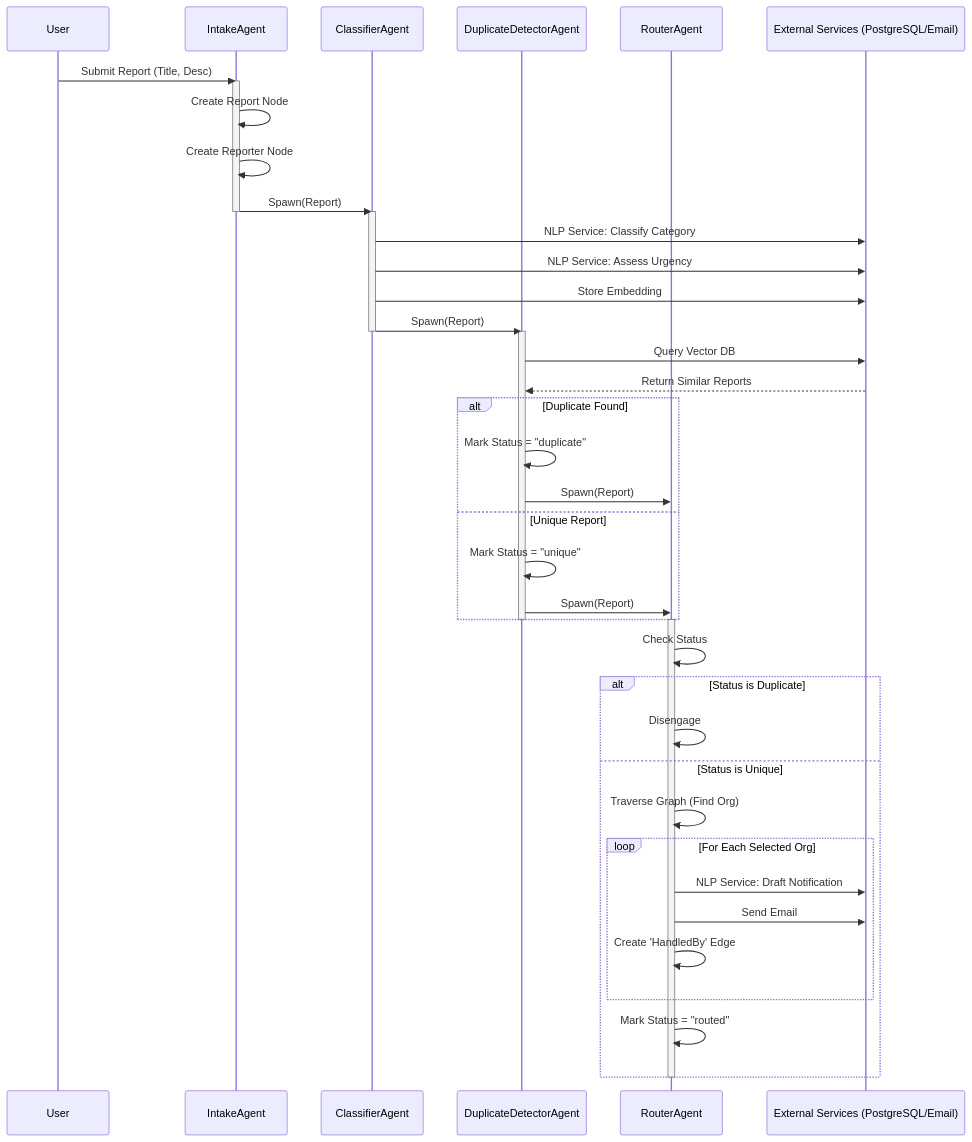
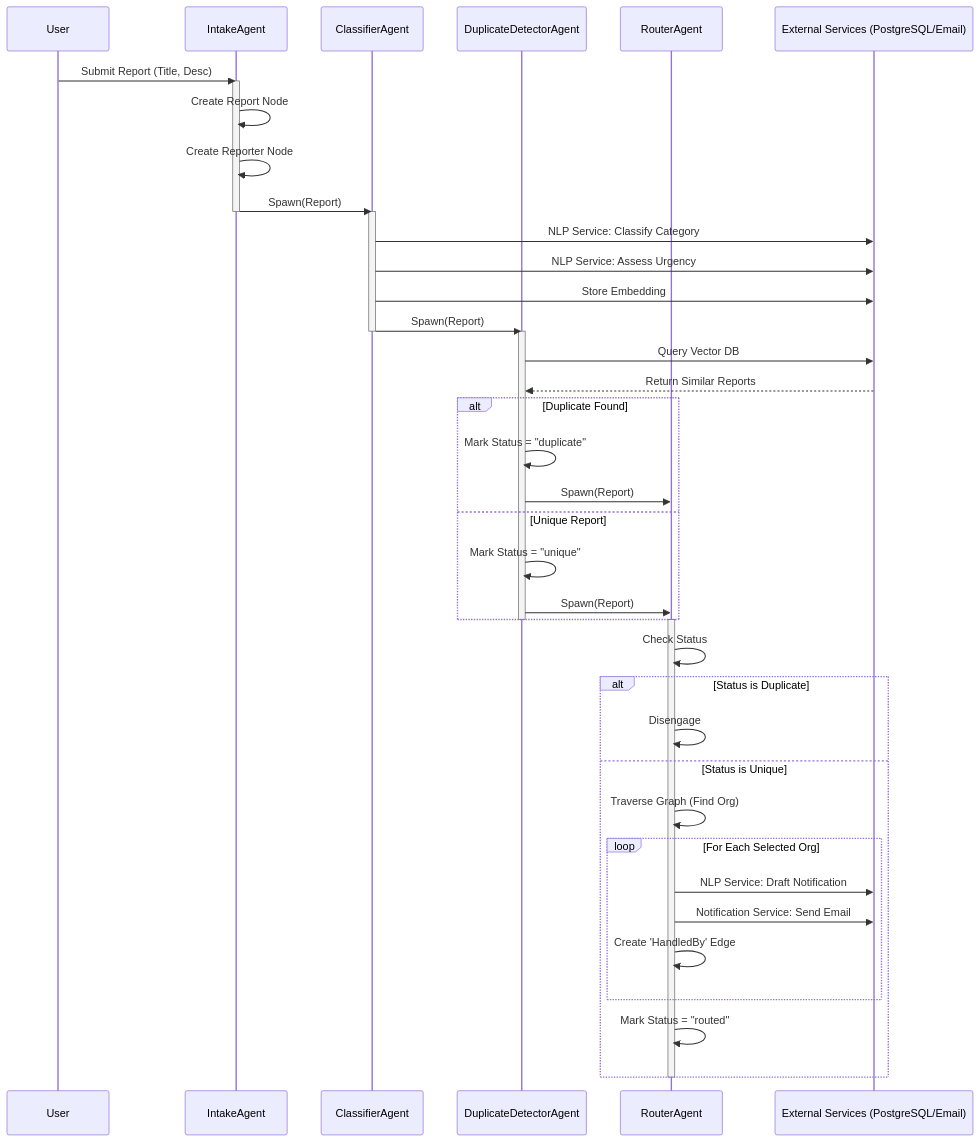
The diagram in docs/architecture.md (jumanewton/Dira), drawn with Mermaid before and after one commit. The commit also changed 12 other files, not shown here.

Commit message:
notification service set up + code cleanup

````diff
--- a/docs/architecture.md
+++ b/docs/architecture.md
@@ -5,52 +5,52 @@
 ```mermaid
 sequenceDiagram
     participant User
     participant IntakeAgent
     participant ClassifierAgent
     participant DuplicateDetectorAgent
     participant RouterAgent
     participant ExternalServices as External Services (PostgreSQL/Email)
 
     User->>IntakeAgent: Submit Report (Title, Desc)
     activate IntakeAgent
     IntakeAgent->>IntakeAgent: Create Report Node
     IntakeAgent->>IntakeAgent: Create Reporter Node
     IntakeAgent->>ClassifierAgent: Spawn(Report)
     deactivate IntakeAgent
     
     activate ClassifierAgent
     ClassifierAgent->>ExternalServices: NLP Service: Classify Category
     ClassifierAgent->>ExternalServices: NLP Service: Assess Urgency
     ClassifierAgent->>ExternalServices: Store Embedding
     ClassifierAgent->>DuplicateDetectorAgent: Spawn(Report)
     deactivate ClassifierAgent
 
     activate DuplicateDetectorAgent
     DuplicateDetectorAgent->>ExternalServices: Query Vector DB
     ExternalServices-->>DuplicateDetectorAgent: Return Similar Reports
     
     alt Duplicate Found
         DuplicateDetectorAgent->>DuplicateDetectorAgent: Mark Status = "duplicate"
         DuplicateDetectorAgent->>RouterAgent: Spawn(Report)
     else Unique Report
         DuplicateDetectorAgent->>DuplicateDetectorAgent: Mark Status = "unique"
         DuplicateDetectorAgent->>RouterAgent: Spawn(Report)
     end
     deactivate DuplicateDetectorAgent
 
     activate RouterAgent
     RouterAgent->>RouterAgent: Check Status
     
     alt Status is Duplicate
         RouterAgent->>RouterAgent: Disengage
     else Status is Unique
         RouterAgent->>RouterAgent: Traverse Graph (Find Org)
         loop For Each Selected Org
             RouterAgent->>ExternalServices: NLP Service: Draft Notification
-            RouterAgent->>ExternalServices: Send Email
+            RouterAgent->>ExternalServices: Notification Service: Send Email
             RouterAgent->>RouterAgent: Create 'HandledBy' Edge
         end
         RouterAgent->>RouterAgent: Mark Status = "routed"
     end
     deactivate RouterAgent
 ```
````
